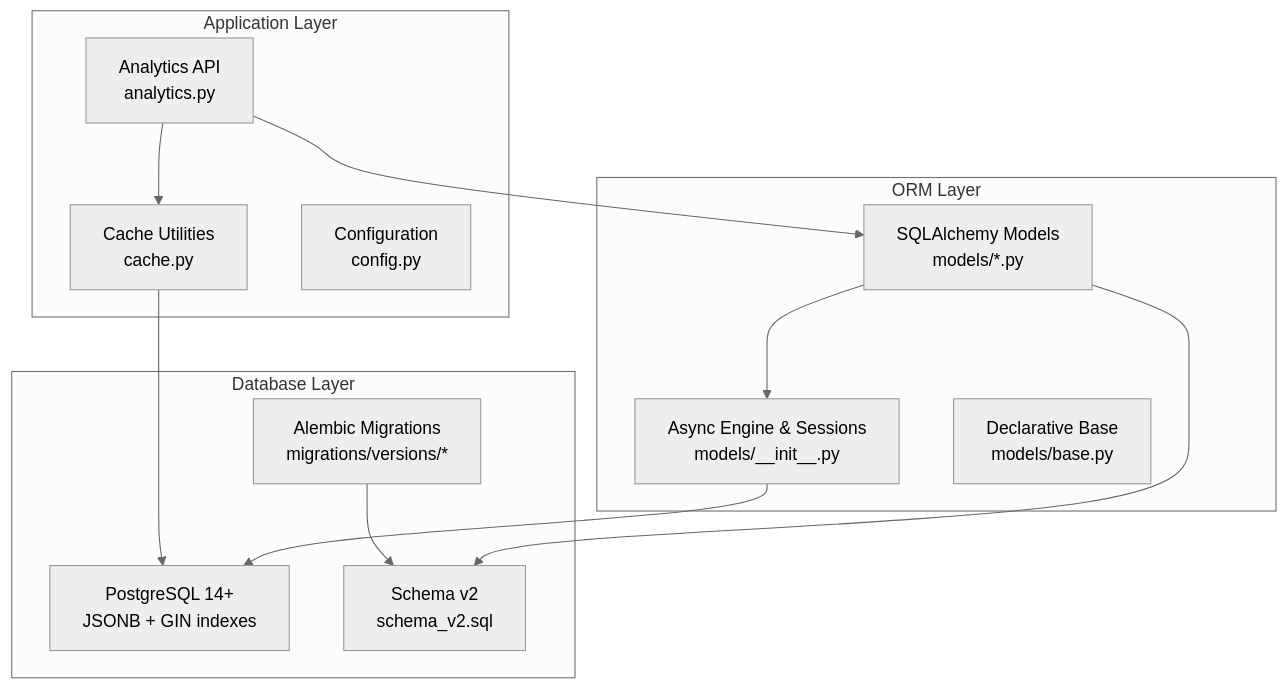
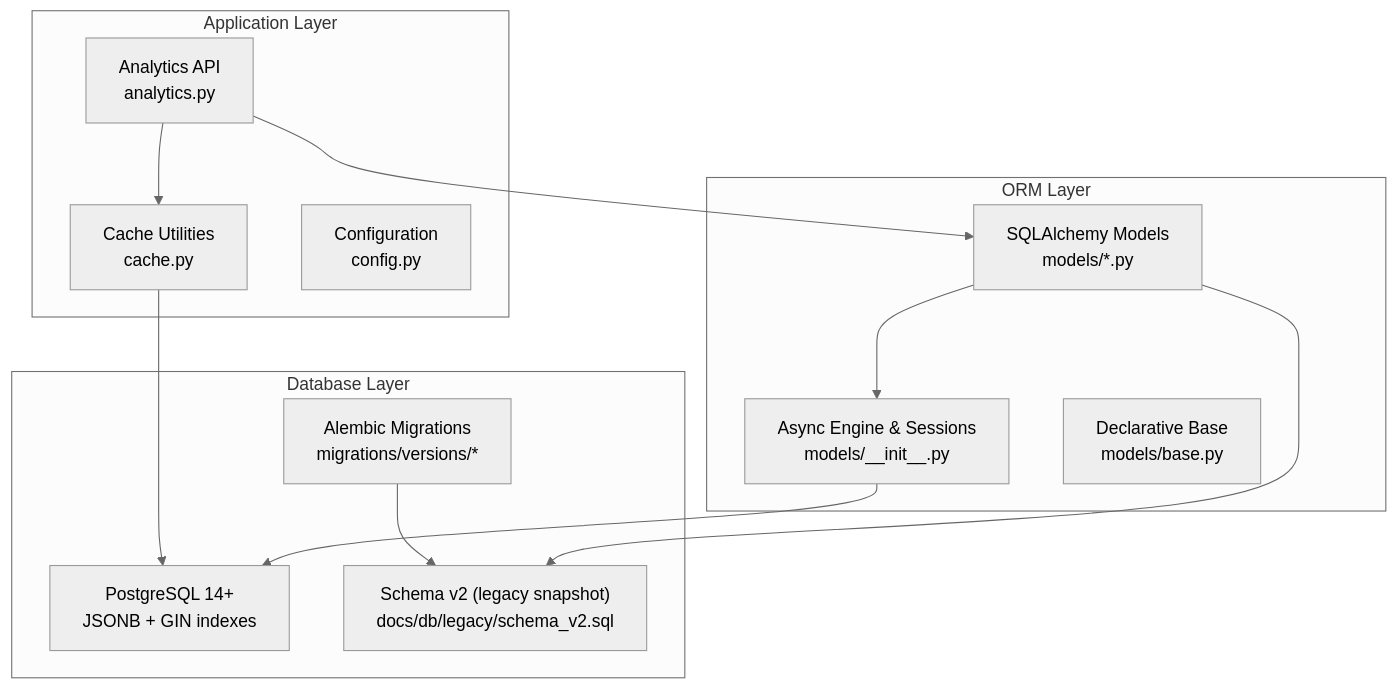
Before and after one commit to nilsnavi/fit_trackerpro: the first of 8 diagrams in .qoder/repowiki/en/content/Database Schema & Models/Database Performance Optimization.md, drawn with Mermaid (neutral theme). The commit also changed other lines of this file and 18 other files, not shown here.

First line of the commit message:
docs(db): закрепить единый source of truth схемы

````diff
--- a/.qoder/repowiki/en/content/Database Schema & Models/Database Performance Optimization.md
+++ b/.qoder/repowiki/en/content/Database Schema & Models/Database Performance Optimization.md
@@ -41,25 +41,25 @@
 ```mermaid
 graph TB
 subgraph "Application Layer"
 API["Analytics API<br/>analytics.py"]
 Cache["Cache Utilities<br/>cache.py"]
 Config["Configuration<br/>config.py"]
 end
 subgraph "ORM Layer"
 Models["SQLAlchemy Models<br/>models/*.py"]
 Engine["Async Engine & Sessions<br/>models/__init__.py"]
 Base["Declarative Base<br/>models/base.py"]
 end
 subgraph "Database Layer"
 Postgres["PostgreSQL 14+<br/>JSONB + GIN indexes"]
 Migrations["Alembic Migrations<br/>migrations/versions/*"]
-Schema["Schema v2<br/>schema_v2.sql"]
+Schema["Schema v2 (legacy snapshot)<br/>docs/db/legacy/schema_v2.sql"]
 end
 API --> Cache
 API --> Models
 Cache --> Postgres
 Models --> Engine
 Engine --> Postgres
 Migrations --> Schema
 Models --> Schema
 ```
````
